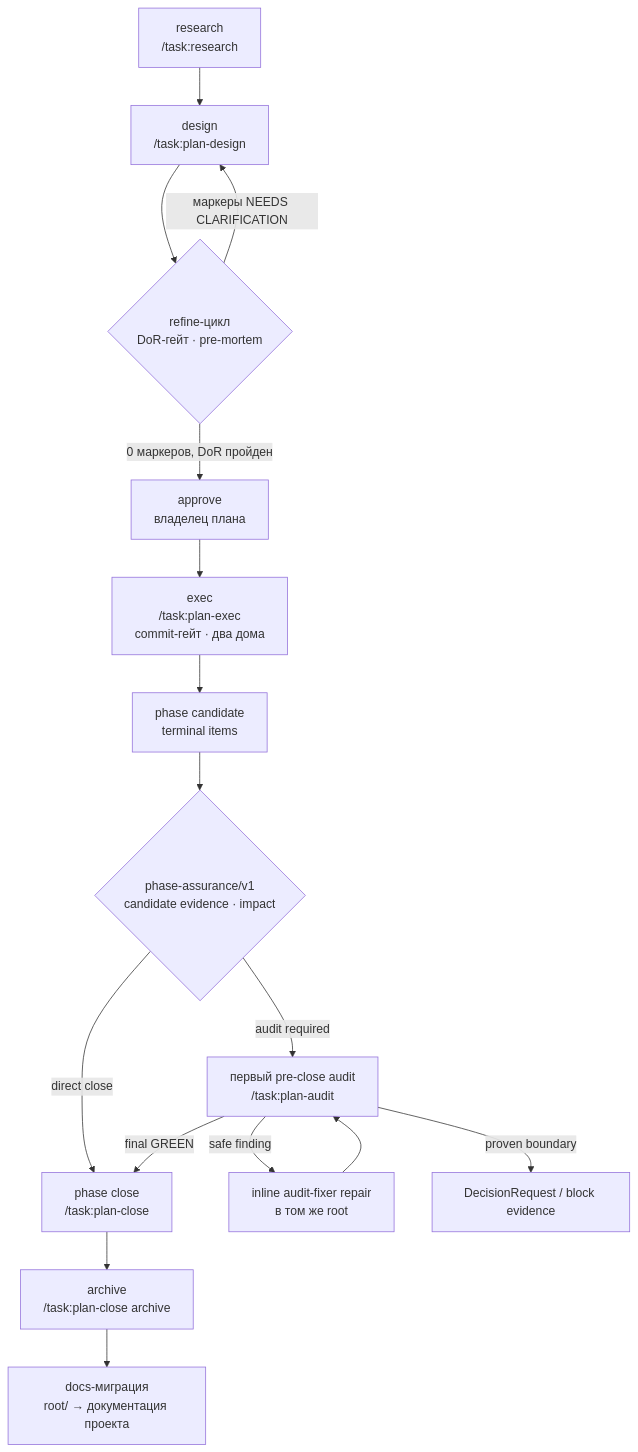
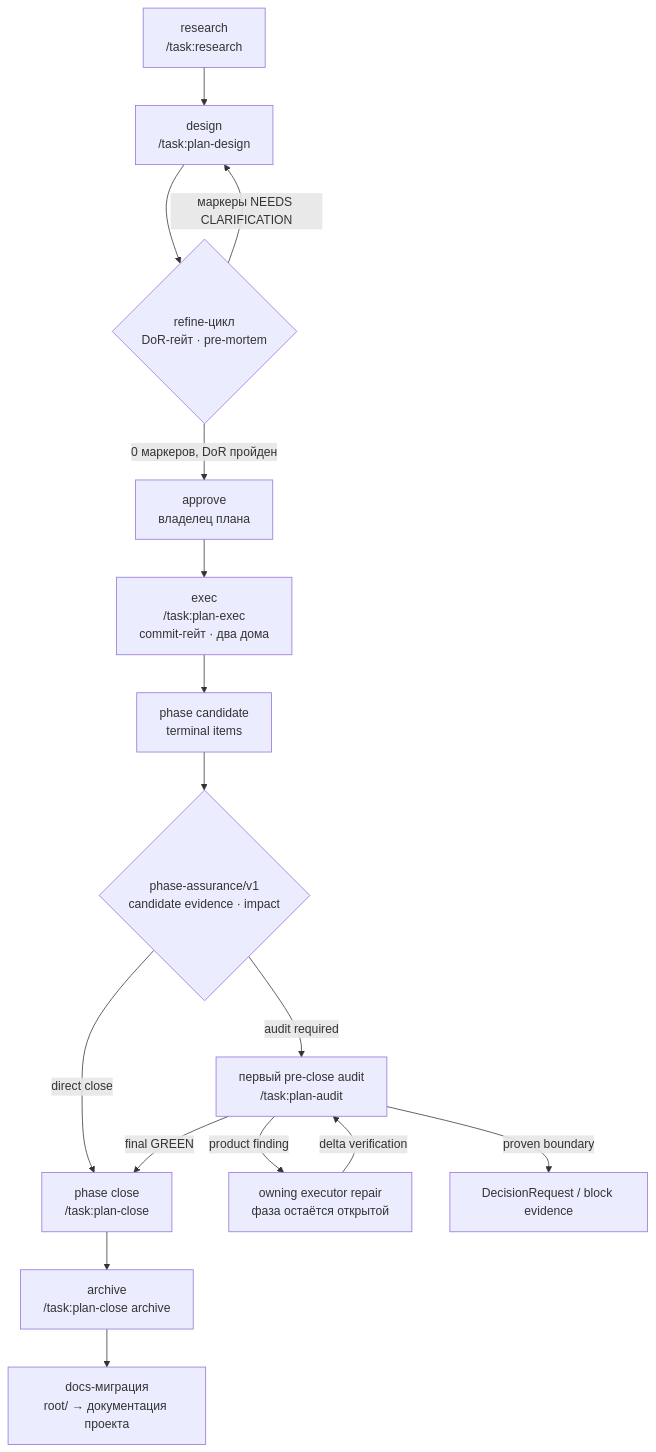
Before and after one commit to academici/swissknifeman: the diagram in packages/task/docs/methodology.md, drawn with Mermaid. The commit also changed other lines of this file and 105 other files, not shown here.

````diff
--- a/packages/task/docs/methodology.md
+++ b/packages/task/docs/methodology.md
@@ -15,18 +15,18 @@
 ```mermaid
 flowchart TD
     R[research<br>/task:research] --> D[design<br>/task:plan-design]
     D --> RF{refine-цикл<br>DoR-гейт · pre-mortem}
     RF -- маркеры NEEDS CLARIFICATION --> D
     RF -- 0 маркеров, DoR пройден --> A[approve<br>владелец плана]
     A --> E[exec<br>/task:plan-exec<br>commit-гейт · два дома]
     E --> C[phase candidate<br>terminal items]
     C --> AP{phase-assurance/v1<br>candidate evidence · impact}
     AP -- audit required --> RV[первый pre-close audit<br>/task:plan-audit]
     AP -- direct close --> PC
-    RV -- safe finding --> RE[inline audit-fixer repair<br>в том же root]
-    RE --> RV
+    RV -- product finding --> RE[owning executor repair<br>фаза остаётся открытой]
+    RE -- delta verification --> RV
     RV -- final GREEN --> PC[phase close<br>/task:plan-close]
     RV -- proven boundary --> INC[DecisionRequest / block evidence]
     PC --> AR[archive<br>/task:plan-close archive]
     AR --> DOCS[docs-миграция<br>root/ → документация проекта]
 ```
````
